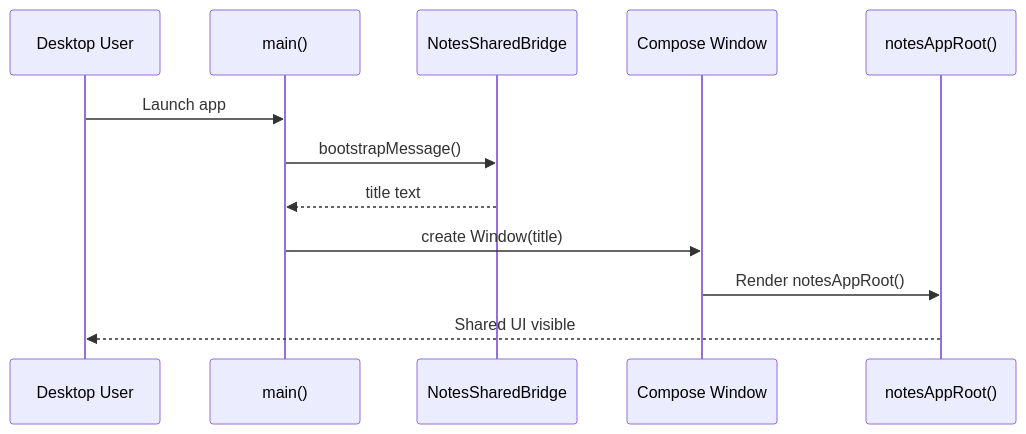
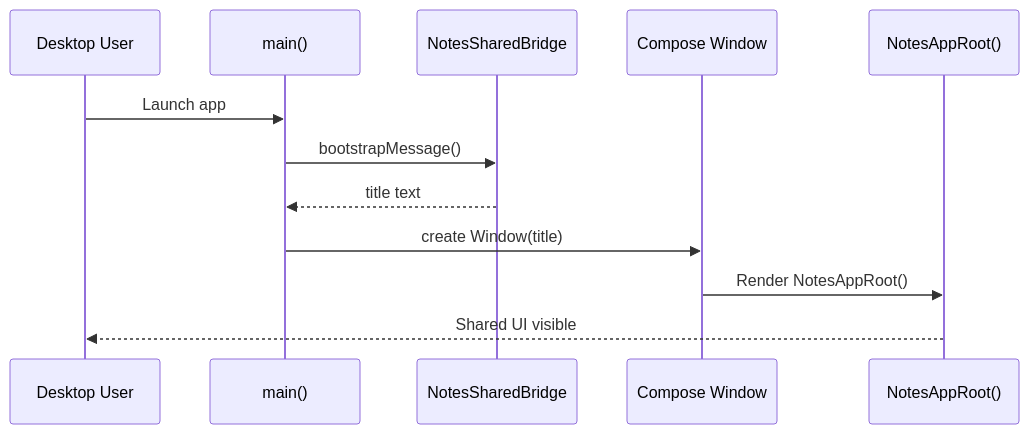
Before and after one commit to TheSetox/note: the second of 2 diagrams in desktopApp/ARCHITECTURE.md, drawn with Mermaid. The commit also changed other lines of this file and 29 other files, not shown here.

````diff
--- a/desktopApp/ARCHITECTURE.md
+++ b/desktopApp/ARCHITECTURE.md
@@ -26,15 +26,15 @@
 ```mermaid
 sequenceDiagram
   participant User as Desktop User
   participant Entry as main()
   participant Bridge as NotesSharedBridge
   participant Window as Compose Window
-  participant Compose as notesAppRoot()
+  participant Compose as NotesAppRoot()
 
   User->>Entry: Launch app
   Entry->>Bridge: bootstrapMessage()
   Bridge-->>Entry: title text
   Entry->>Window: create Window(title)
-  Window->>Compose: Render notesAppRoot()
+  Window->>Compose: Render NotesAppRoot()
   Compose-->>User: Shared UI visible
 ```
````
